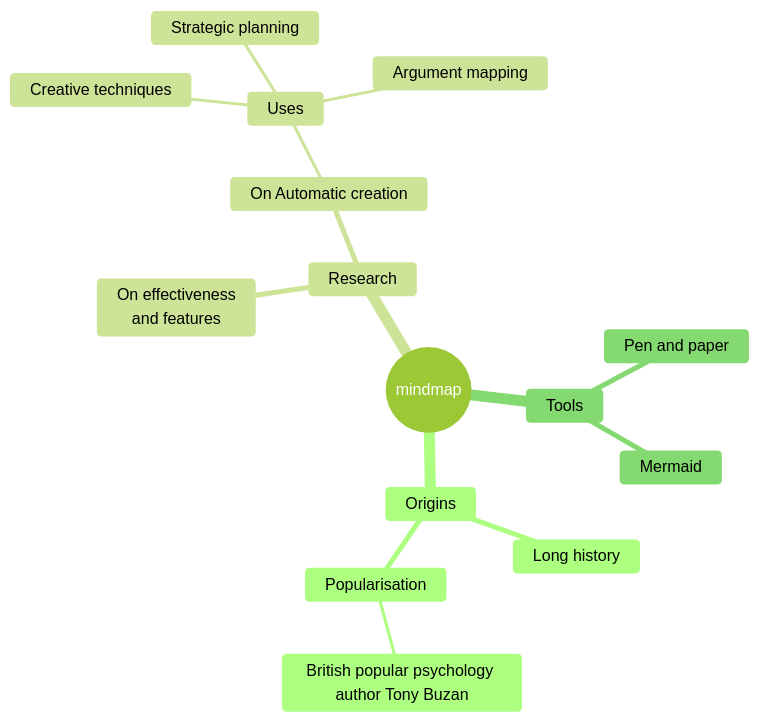
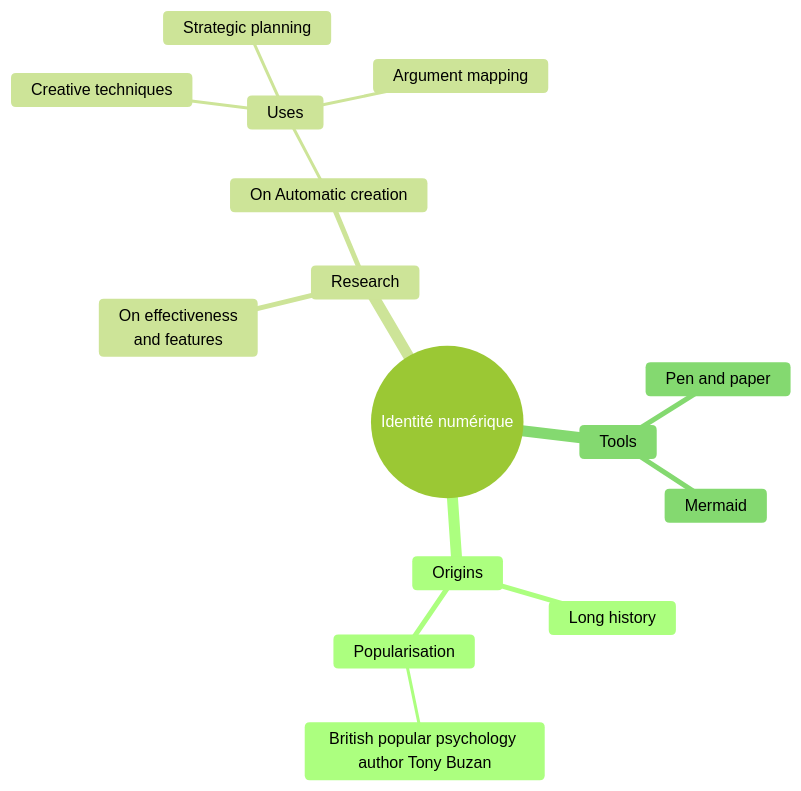
One commit to boddaert/snt changed the diagram in seconde/Réseaux sociaux/Identite_numerique.md. Above: the diagram before and after it, drawn with Mermaid.

Commit message:
id numerique

````diff
--- a/seconde/Réseaux sociaux/Identite_numerique.md
+++ b/seconde/Réseaux sociaux/Identite_numerique.md
@@ -7,20 +7,20 @@
 ```mermaid
 %%{init: { 'logLevel': 'debug', 'theme': 'forest'}}%%
 mindmap
-  root((mindmap))
+  root((Identité numérique))
     Origins
       Long history
       ::icon(fa fa-book)
       Popularisation
         British popular psychology author Tony Buzan
     Research
       On effectiveness<br/>and features
       On Automatic creation
         Uses
             Creative techniques
             Strategic planning
             Argument mapping
     Tools
       Pen and paper
       Mermaid
 ```
````
